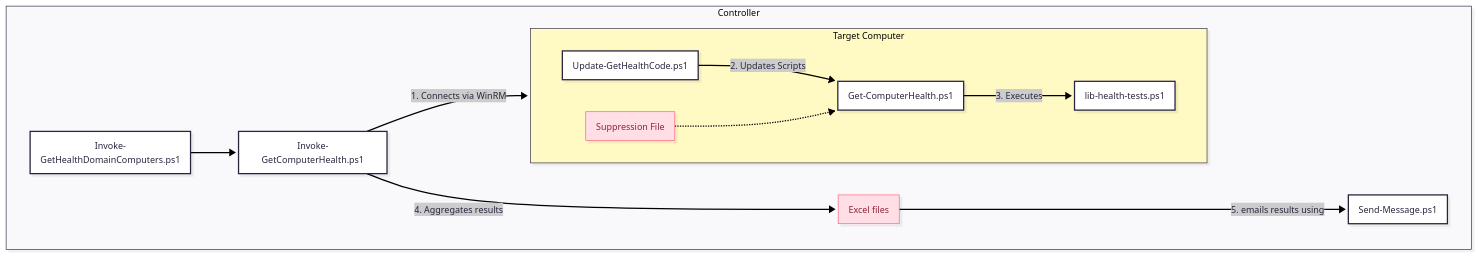
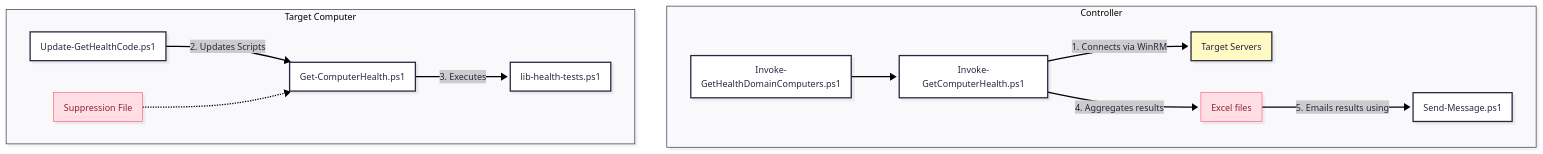
Before and after one commit to ndemou/GetComputerHealth: the diagram in README.md, drawn with Mermaid. The commit also changed other lines of this file, not shown here.

````diff
--- a/README.md
+++ b/README.md
@@ -14,33 +22,34 @@
 ```mermaid
 ---
 config:
   look: neo
   theme: redux
 ---
 flowchart TB
  subgraph Controller["Controller"]
         Orchestrator["Invoke-GetComputerHealth.ps1"]
         Entry["Invoke-GetHealthDomainComputers.ps1"]
-        Target["Target Servers"]
+        Target_Ref["Target Servers"]
         Report["Excel files"]
         Mailer["Send-Message.ps1"]
   end
  subgraph Target["Target Computer"]
         LocalRunner["Get-ComputerHealth.ps1"]
         Updater["Update-GetHealthCode.ps1"]
         Tests["lib-health-tests.ps1"]
         Config["Suppression File"]
   end
     Entry --> Orchestrator
-    Orchestrator -- "1. Connects via WinRM" --> Target
+    Orchestrator -- "1. Connects via WinRM" --> Target_Ref
     Orchestrator -- "4. Aggregates results" --> Report
-    Report -- "5. emails results using" --> Mailer
+    Report -- "5. Emails results using" --> Mailer
     Updater -- "2. Updates Scripts" --> LocalRunner
     LocalRunner -- "3. Executes" --> Tests
     Config -.-> LocalRunner
 
      Report:::Rose
      Config:::Rose
     classDef Rose stroke-width:1px, stroke-dasharray:none, stroke:#FF5978, fill:#FFDFE5, color:#8E2236
-    style Target fill:#FFF9C4
+    style Target_Ref fill:#FFF9C4
+
 ```
````
